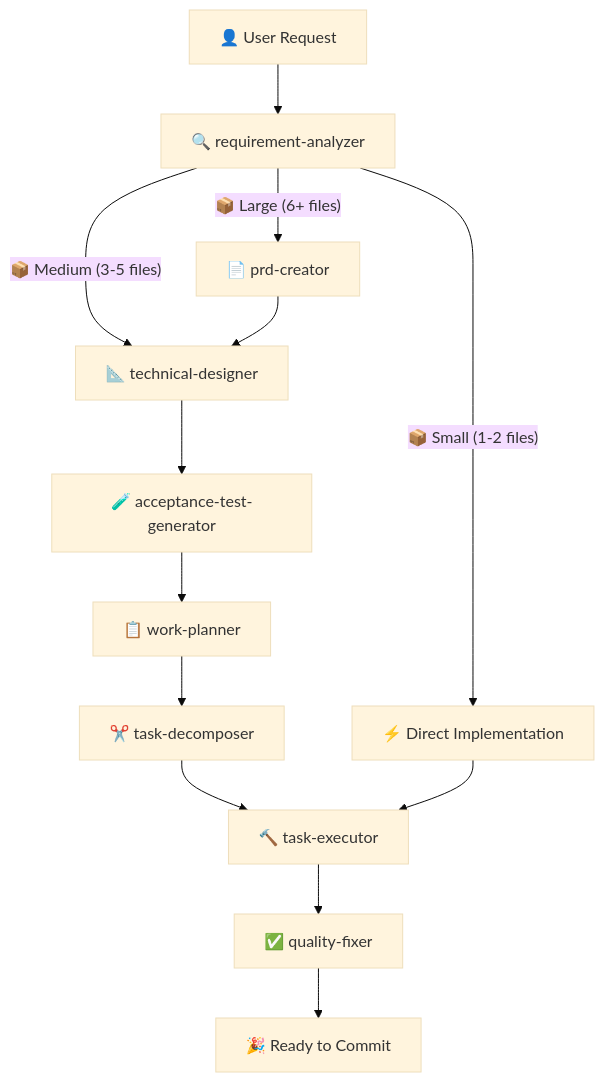
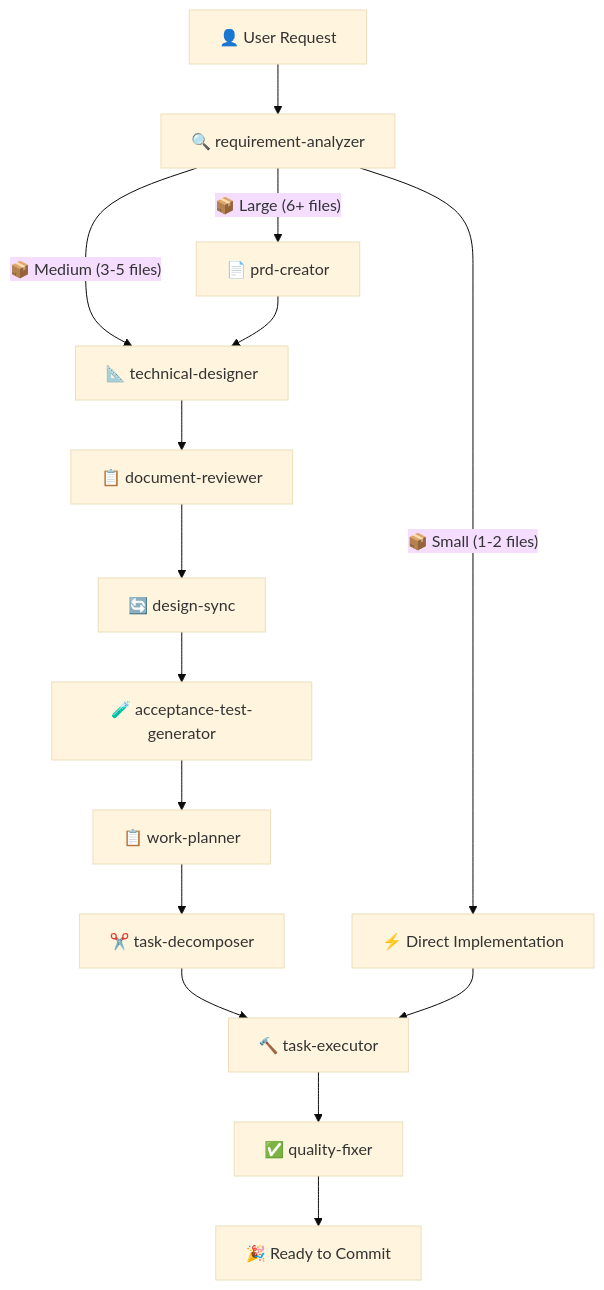
The diagram in README.md (shinpr/claude-code-workflows), drawn with Mermaid (base theme) before and after one commit. The commit also changed other lines of this file, not shown here.

Commit message:
docs: add design-sync agent to README
- Add design-sync to workflow diagram
- Add design-sync to shared agents table
- Add design-sync.md to repository structure
- Update document-reviewer description for clarity

🤖 Generated with [Claude Code](https://claude.com/claude-code)

````diff
--- a/README.md
+++ b/README.md
@@ -65,19 +65,21 @@
 ```mermaid
 graph TB
     A[👤 User Request] --> B[🔍 requirement-analyzer]
 
     B --> |"📦 Large (6+ files)"| C[📄 prd-creator]
     B --> |"📦 Medium (3-5 files)"| D[📐 technical-designer]
     B --> |"📦 Small (1-2 files)"| E[⚡ Direct Implementation]
 
     C --> D
-    D --> F[🧪 acceptance-test-generator]
+    D --> DR[📋 document-reviewer]
+    DR --> DS[🔄 design-sync]
+    DS --> F[🧪 acceptance-test-generator]
     F --> G[📋 work-planner]
     G --> H[✂️ task-decomposer]
 
     H --> I[🔨 task-executor]
     E --> I
 
     I --> J[✅ quality-fixer]
     J --> K[🎉 Ready to Commit]
 ```
````
